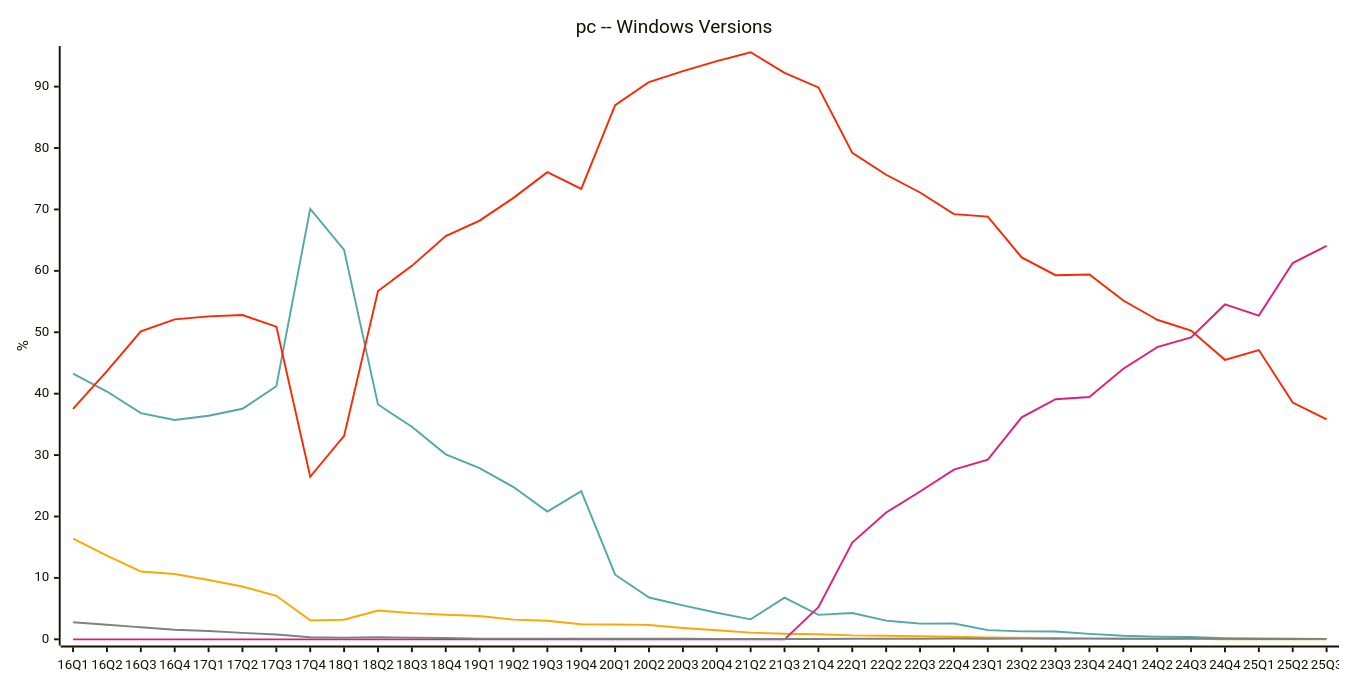
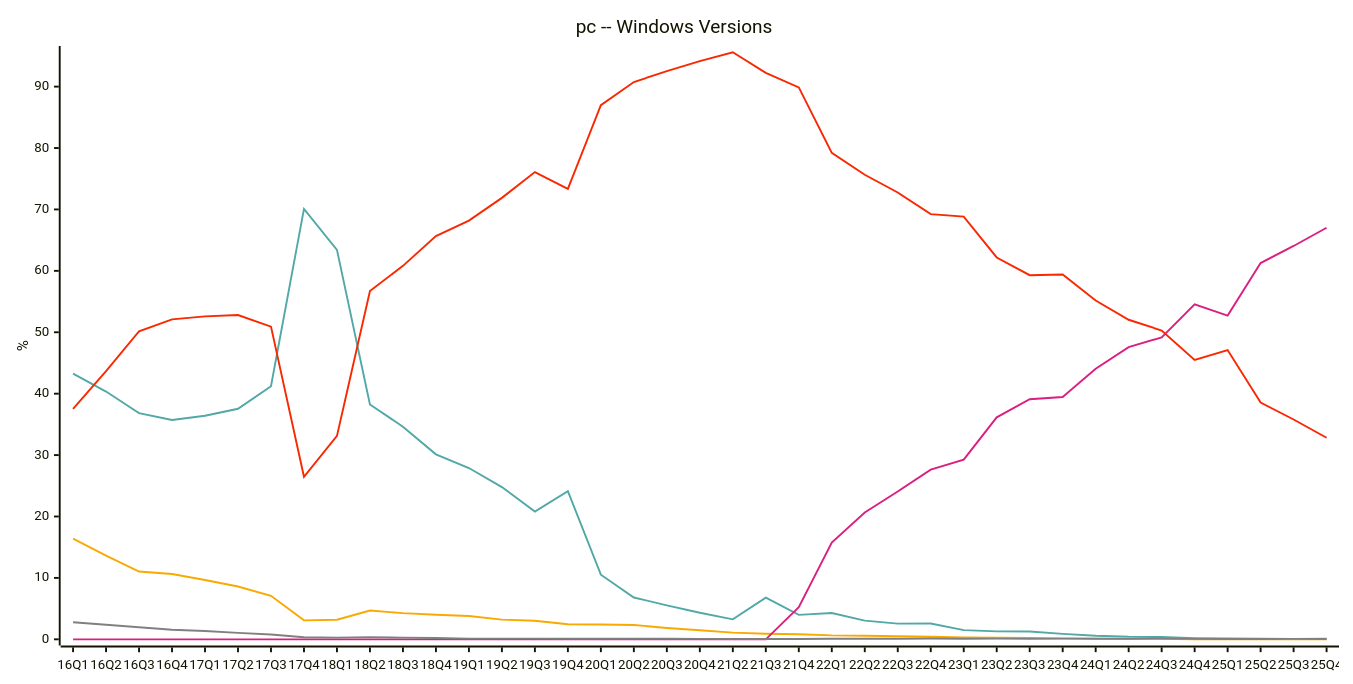
Diagram 12 of 23 in README.md (jdegene/steamHWsurvey), drawn with Mermaid before and after one commit. The commit also changed other lines of this file and 2 other files, not shown here.

````diff
--- a/README.md
+++ b/README.md
@@ -389,23 +389,23 @@
 ```mermaid
 ---
 config:
     xyChart:
         width: 1400
         height: 700
         
     themeVariables:
         xyChart:
             plotColorPalette: "#51a8a6,#f9a900,#f92800,#d92080,#808080"
 
 --- 
 
 xychart-beta
     title "pc -- Windows Versions"
-    x-axis [16Q1, 16Q2, 16Q3, 16Q4, 17Q1, 17Q2, 17Q3, 17Q4, 18Q1, 18Q2, 18Q3, 18Q4, 19Q1, 19Q2, 19Q3, 19Q4, 20Q1, 20Q2, 20Q3, 20Q4, 21Q2, 21Q3, 21Q4, 22Q1, 22Q2, 22Q3, 22Q4, 23Q1, 23Q2, 23Q3, 23Q4, 24Q1, 24Q2, 24Q3, 24Q4, 25Q1, 25Q2, 25Q3]
+    x-axis [16Q1, 16Q2, 16Q3, 16Q4, 17Q1, 17Q2, 17Q3, 17Q4, 18Q1, 18Q2, 18Q3, 18Q4, 19Q1, 19Q2, 19Q3, 19Q4, 20Q1, 20Q2, 20Q3, 20Q4, 21Q2, 21Q3, 21Q4, 22Q1, 22Q2, 22Q3, 22Q4, 23Q1, 23Q2, 23Q3, 23Q4, 24Q1, 24Q2, 24Q3, 24Q4, 25Q1, 25Q2, 25Q3, 25Q4]
     y-axis "%" 
-    line [43.27, 40.343333333333334, 36.843333333333334, 35.709999999999994, 36.405, 37.54666666666667, 41.20333333333333, 70.09666666666666, 63.416666666666664, 38.235, 34.63, 30.119999999999997, 27.889999999999997, 24.795, 20.8, 24.11, 10.525, 6.81, 5.54, 4.32, 3.256666666666667, 6.79, 3.9849999999999994, 4.2749999999999995, 3.043333333333333, 2.5533333333333337, 2.58, 1.4966666666666668, 1.2900000000000003, 1.2766666666666668, 0.8833333333333334, 0.5833333333333334, 0.42, 0.3766666666666667, 0.2033333333333333, 0.12333333333333335, 0.10666666666666665, 0.07666666666666667]
-    line [16.403333333333332, 13.63, 11.043333333333333, 10.636666666666667, 9.665, 8.600000000000001, 7.086666666666668, 3.093333333333333, 3.1933333333333334, 4.68, 4.266666666666667, 3.9966666666666666, 3.8033333333333337, 3.2100000000000004, 3.013333333333333, 2.46, 2.405, 2.3433333333333333, 1.8549999999999998, 1.4700000000000002, 1.0833333333333335, 0.8999999999999999, 0.835, 0.6399999999999999, 0.5766666666666667, 0.5033333333333333, 0.4266666666666666, 0.32, 0.27499999999999997, 0.22, 0.15666666666666668, 0.10666666666666665, 0.08333333333333334, 0.075, 0, 0, 0, 0]
-    line [37.54333333333334, 43.65666666666667, 50.15666666666667, 52.10333333333333, 52.580000000000005, 52.80666666666667, 50.913333333333334, 26.47, 33.123333333333335, 56.730000000000004, 60.81333333333333, 65.67, 68.18666666666667, 71.885, 76.07666666666667, 73.33666666666666, 86.98, 90.75333333333333, 92.52, 94.145, 95.6, 92.25, 89.875, 79.21000000000001, 75.64333333333333, 72.75666666666667, 69.23333333333333, 68.82333333333334, 62.17999999999999, 59.296666666666674, 59.4, 55.16, 52.03666666666666, 50.28666666666667, 45.51, 47.099999999999994, 38.56666666666666, 35.79999999999999]
-    line [0, 0, 0, 0, 0, 0, 0, 0, 0, 0, 0, 0, 0, 0, 0, 0, 0, 0, 0, 0, 0, 0, 5.244999999999999, 15.770000000000001, 20.65, 24.08, 27.63, 29.26, 36.150000000000006, 39.10333333333333, 39.46333333333333, 44.06, 47.57, 49.169999999999995, 54.53, 52.72, 61.26999999999999, 64.05333333333334]
-    line [2.7866666666666666, 2.37, 1.9633333333333332, 1.55, 1.345, 1.0466666666666666, 0.7966666666666667, 0.3433333333333333, 0.27666666666666667, 0.355, 0.27666666666666667, 0.2133333333333333, 0.11666666666666668, 0.10999999999999999, 0.10666666666666667, 0.09000000000000001, 0.1, 0.09666666666666665, 0.085, 0.06999999999999999, 0.05333333333333332, 0.06, 0.06, 0.1, 0.08666666666666667, 0.1, 0.12666666666666665, 0.09333333333333334, 0.10999999999999999, 0.1, 0.10666666666666667, 0.08666666666666667, 0.08, 0.11666666666666668, 0.06666666666666667, 0.05666666666666666, 0.05333333333333332, 0.07333333333333332]
+    line [43.27, 40.343333333333334, 36.843333333333334, 35.709999999999994, 36.405, 37.54666666666667, 41.20333333333333, 70.09666666666666, 63.416666666666664, 38.235, 34.63, 30.119999999999997, 27.889999999999997, 24.795, 20.8, 24.11, 10.525, 6.81, 5.54, 4.32, 3.256666666666667, 6.79, 3.9849999999999994, 4.2749999999999995, 3.043333333333333, 2.5533333333333337, 2.58, 1.4966666666666668, 1.2900000000000003, 1.2766666666666668, 0.8833333333333334, 0.5833333333333334, 0.42, 0.3766666666666667, 0.2033333333333333, 0.12333333333333335, 0.10666666666666665, 0.07666666666666667, 0.1]
+    line [16.403333333333332, 13.63, 11.043333333333333, 10.636666666666667, 9.665, 8.600000000000001, 7.086666666666668, 3.093333333333333, 3.1933333333333334, 4.68, 4.266666666666667, 3.9966666666666666, 3.8033333333333337, 3.2100000000000004, 3.013333333333333, 2.46, 2.405, 2.3433333333333333, 1.8549999999999998, 1.4700000000000002, 1.0833333333333335, 0.8999999999999999, 0.835, 0.6399999999999999, 0.5766666666666667, 0.5033333333333333, 0.4266666666666666, 0.32, 0.27499999999999997, 0.22, 0.15666666666666668, 0.10666666666666665, 0.08333333333333334, 0.075, 0, 0, 0, 0, 0]
+    line [37.54333333333334, 43.65666666666667, 50.15666666666667, 52.10333333333333, 52.580000000000005, 52.80666666666667, 50.913333333333334, 26.47, 33.123333333333335, 56.730000000000004, 60.81333333333333, 65.67, 68.18666666666667, 71.885, 76.07666666666667, 73.33666666666666, 86.98, 90.75333333333333, 92.52, 94.145, 95.6, 92.25, 89.875, 79.21000000000001, 75.64333333333333, 72.75666666666667, 69.23333333333333, 68.82333333333334, 62.17999999999999, 59.296666666666674, 59.4, 55.16, 52.03666666666666, 50.28666666666667, 45.51, 47.099999999999994, 38.56666666666666, 35.79999999999999, 32.83]
+    line [0, 0, 0, 0, 0, 0, 0, 0, 0, 0, 0, 0, 0, 0, 0, 0, 0, 0, 0, 0, 0, 0, 5.244999999999999, 15.770000000000001, 20.65, 24.08, 27.63, 29.26, 36.150000000000006, 39.10333333333333, 39.46333333333333, 44.06, 47.57, 49.169999999999995, 54.53, 52.72, 61.26999999999999, 64.05333333333334, 67.02]
+    line [2.7866666666666666, 2.37, 1.9633333333333332, 1.55, 1.345, 1.0466666666666666, 0.7966666666666667, 0.3433333333333333, 0.27666666666666667, 0.355, 0.27666666666666667, 0.2133333333333333, 0.11666666666666668, 0.10999999999999999, 0.10666666666666667, 0.09000000000000001, 0.1, 0.09666666666666665, 0.085, 0.06999999999999999, 0.05333333333333332, 0.06, 0.06, 0.1, 0.08666666666666667, 0.1, 0.12666666666666665, 0.09333333333333334, 0.10999999999999999, 0.1, 0.10666666666666667, 0.08666666666666667, 0.08, 0.11666666666666668, 0.06666666666666667, 0.05666666666666666, 0.05333333333333332, 0.07333333333333332, 0.05]
 ``` 
````
